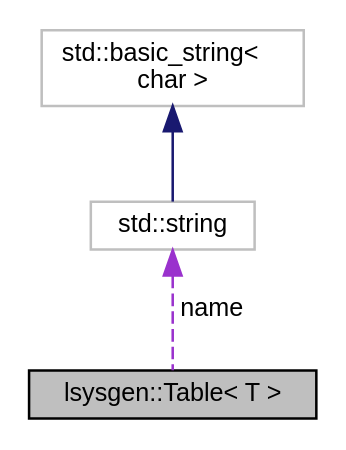
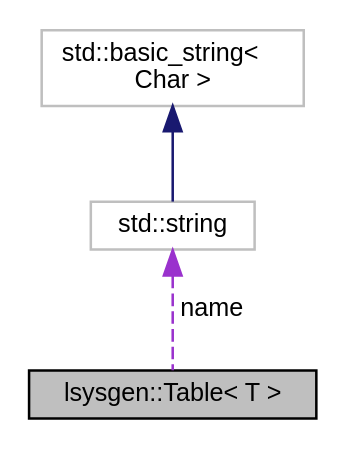
The diagram in classlsysgen_1_1Table__coll__graph.dot (acs2405/LSysGen), drawn with Graphviz before and after one commit. The commit also changed 572 other files, not shown here.

```diff
--- a/classlsysgen_1_1Table__coll__graph.dot
+++ b/classlsysgen_1_1Table__coll__graph.dot
@@ -1,11 +1,11 @@
 digraph "lsysgen::Table&lt; T &gt;"
 {
  // LATEX_PDF_SIZE
   edge [fontname="Helvetica",fontsize="10",labelfontname="Helvetica",labelfontsize="10"];
   node [fontname="Helvetica",fontsize="10",shape=record];
   Node1 [label="lsysgen::Table\< T \>",height=0.2,width=0.4,color="black", fillcolor="grey75", style="filled", fontcolor="black",tooltip=" "];
   Node2 -> Node1 [dir="back",color="darkorchid3",fontsize="10",style="dashed",label=" name" ,fontname="Helvetica"];
-  Node2 [label="std::string",height=0.2,width=0.4,color="grey75", fillcolor="white", style="filled",tooltip="STL class."];
+  Node2 [label="std::string",height=0.2,width=0.4,color="grey75", fillcolor="white", style="filled",tooltip=" "];
   Node3 -> Node2 [dir="back",color="midnightblue",fontsize="10",style="solid",fontname="Helvetica"];
-  Node3 [label="std::basic_string\<\l char \>",height=0.2,width=0.4,color="grey75", fillcolor="white", style="filled",tooltip="STL class."];
+  Node3 [label="std::basic_string\<\l Char \>",height=0.2,width=0.4,color="grey75", fillcolor="white", style="filled",tooltip=" "];
 }
```
